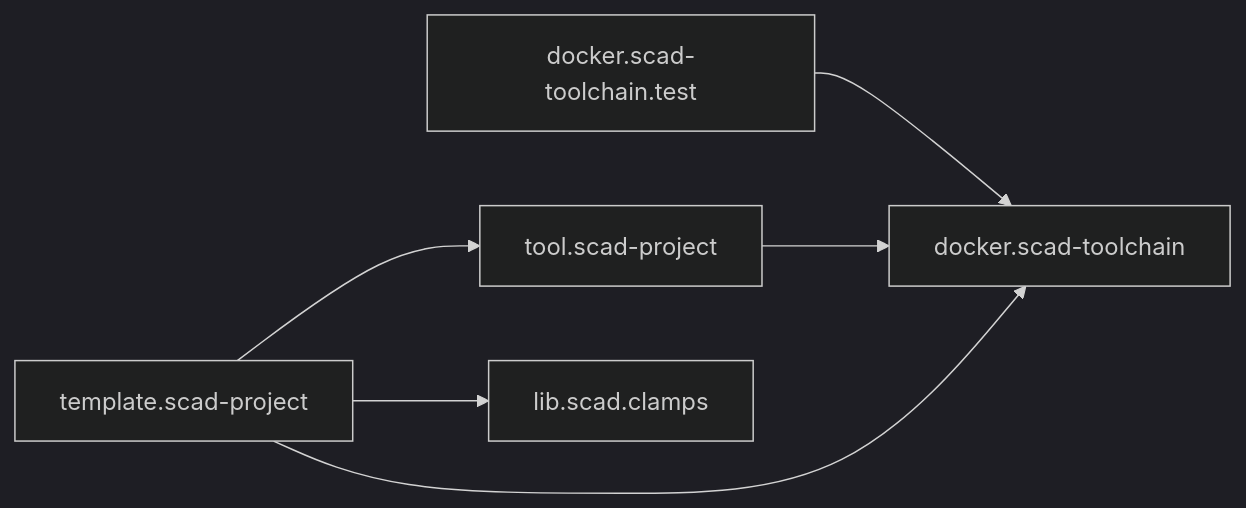
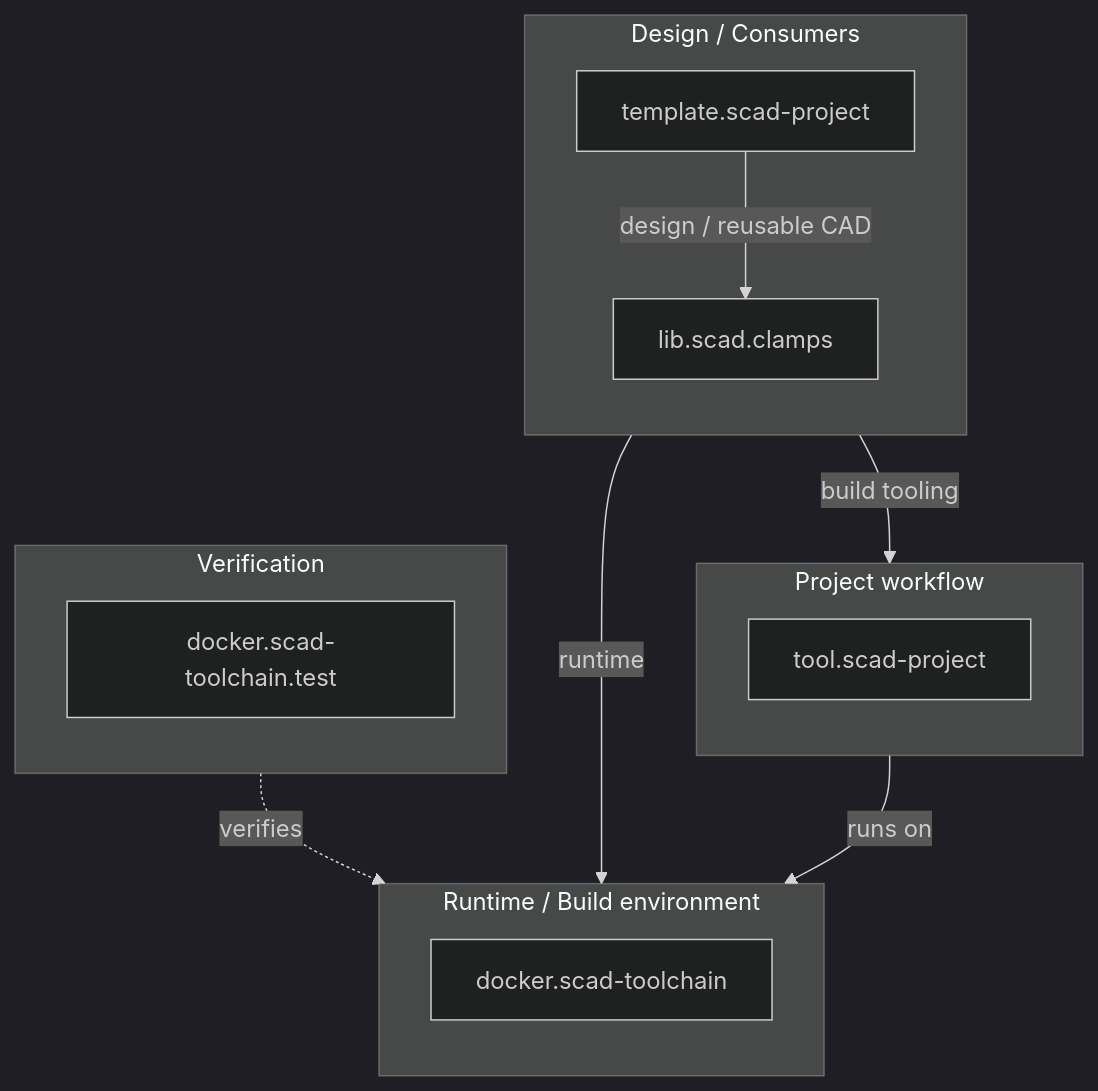
The diagram in README.md (brainboxemb/meta.scad-projects), drawn with Mermaid (dark theme) before and after one commit. The commit also changed other lines of this file and 10 other files, not shown here.

````diff
--- a/README.md
+++ b/README.md
@@ -24,14 +39,32 @@
 ```mermaid
-flowchart LR
-    TOOLCHAIN[docker.scad-toolchain]
-    TEST[docker.scad-toolchain.test]
-    TOOL[tool.scad-project]
-    TEMPLATE[template.scad-project]
-    CLAMPS[lib.scad.clamps]
+flowchart TD
 
-    TEST --> TOOLCHAIN
-    TOOL --> TOOLCHAIN
-    TEMPLATE --> TOOL
-    TEMPLATE --> TOOLCHAIN
-    TEMPLATE --> CLAMPS
+    subgraph RUNTIME["Runtime / Build environment"]
+        direction TB
+        TOOLCHAIN["docker.scad-toolchain"]
+    end
+
+    subgraph WORKFLOW["Project workflow"]
+        direction TB
+        TOOL["tool.scad-project"]
+    end
+
+    subgraph DESIGN["Design / Consumers"]
+        direction TB
+        TEMPLATE["template.scad-project"]
+        CLAMPS["lib.scad.clamps"]
+    end
+
+    subgraph VERIFY["Verification"]
+        direction TB
+        TOOLCHAIN_TEST["docker.scad-toolchain.test"]
+    end
+
+    TEMPLATE -->|"build tooling"| TOOL
+    TEMPLATE -->|"runtime"| TOOLCHAIN
+    TEMPLATE -->|"design / reusable CAD"| CLAMPS
+
+    TOOL -->|"runs on"| TOOLCHAIN
+
+    TOOLCHAIN_TEST -.->|"verifies"| TOOLCHAIN
 ```
````
